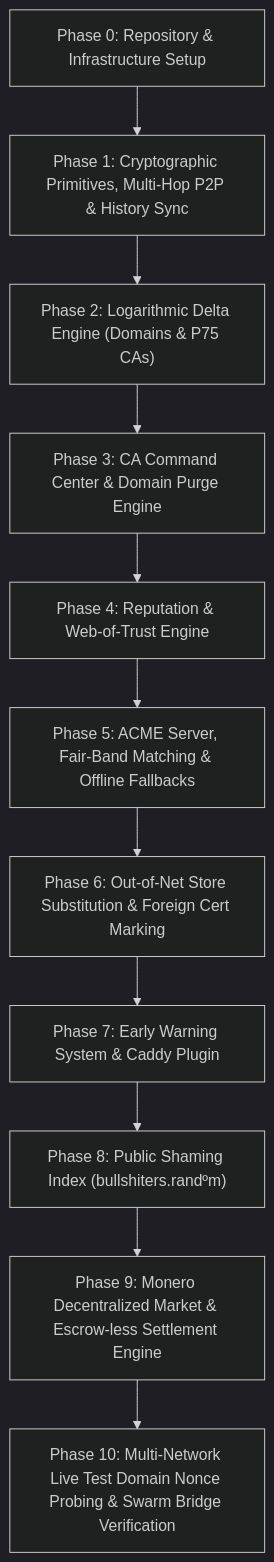
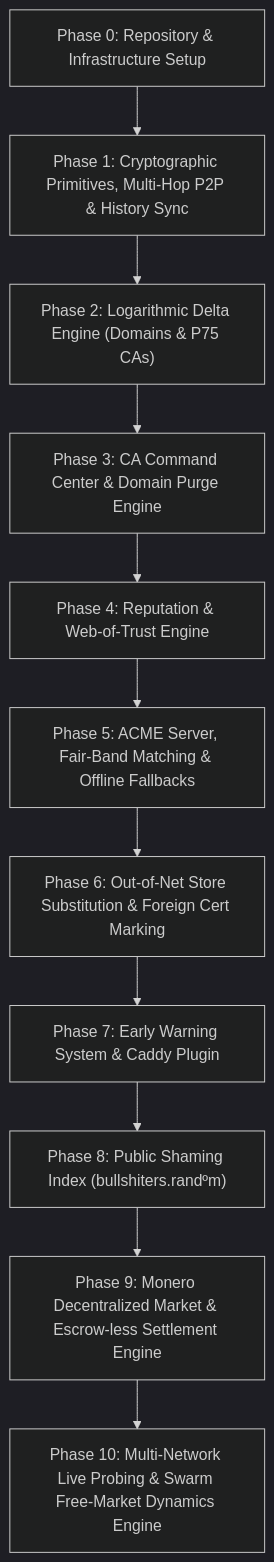
Before and after one commit to TheRandomConsortium/randbotd: the diagram in FUNCTIONALITIES.md, drawn with Mermaid (dark theme). The commit also changed other lines of this file and 20 other files, not shown here.

Commit message:
feat: implement CA-06 command center dashboard, modularize CLI architecture, and add IPC roundtrip tests

````diff
--- a/FUNCTIONALITIES.md
+++ b/FUNCTIONALITIES.md
@@ -172,13 +174,13 @@
 ```mermaid
 graph TD
     A["Phase 0: Repository & Infrastructure Setup"] --> B["Phase 1: Cryptographic Primitives, Multi-Hop P2P & History Sync"]
     B --> C["Phase 2: Logarithmic Delta Engine (Domains & P75 CAs)"]
     C --> D["Phase 3: CA Command Center & Domain Purge Engine"]
     D --> E["Phase 4: Reputation & Web-of-Trust Engine"]
     E --> F["Phase 5: ACME Server, Fair-Band Matching & Offline Fallbacks"]
     F --> G["Phase 6: Out-of-Net Store Substitution & Foreign Cert Marking"]
     G --> H["Phase 7: Early Warning System & Caddy Plugin"]
     H --> I["Phase 8: Public Shaming Index (bullshiters.randºm)"]
     I --> J["Phase 9: Monero Decentralized Market & Escrow-less Settlement Engine"]
-    J --> K["Phase 10: Multi-Network Live Test Domain Nonce Probing & Swarm Bridge Verification"]
+    J --> K["Phase 10: Multi-Network Live Probing & Swarm Free-Market Dynamics Engine"]
 ```
````
